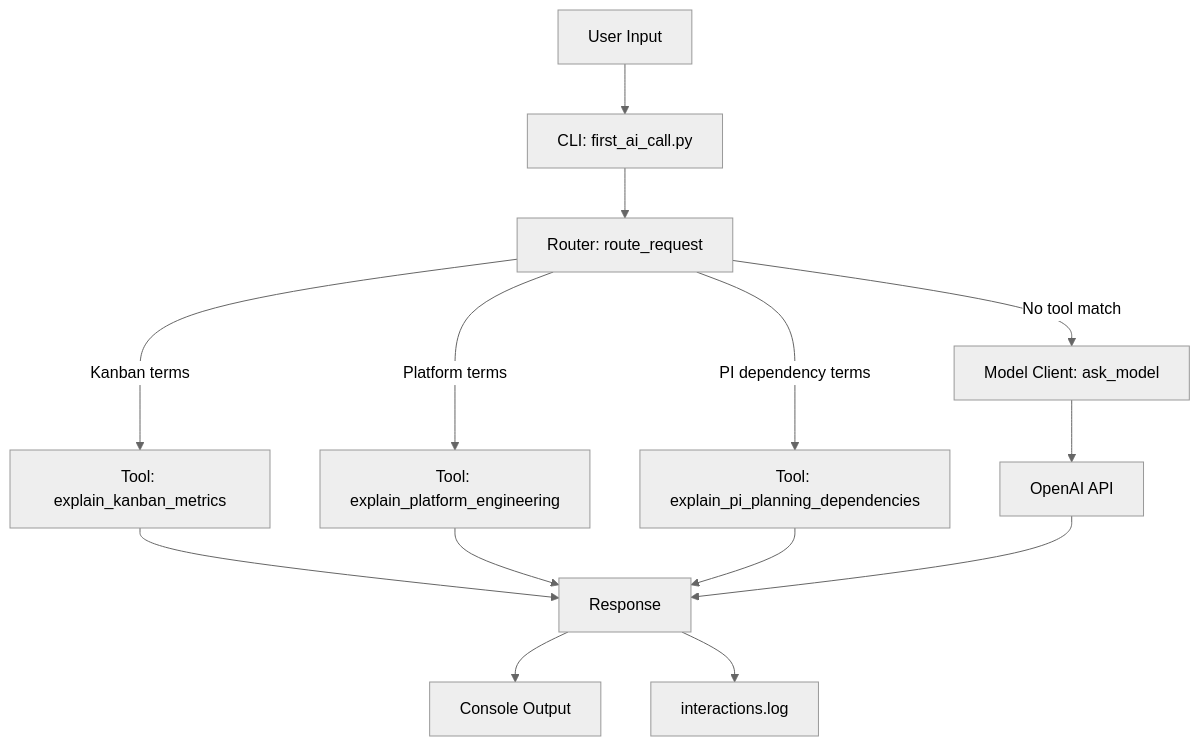
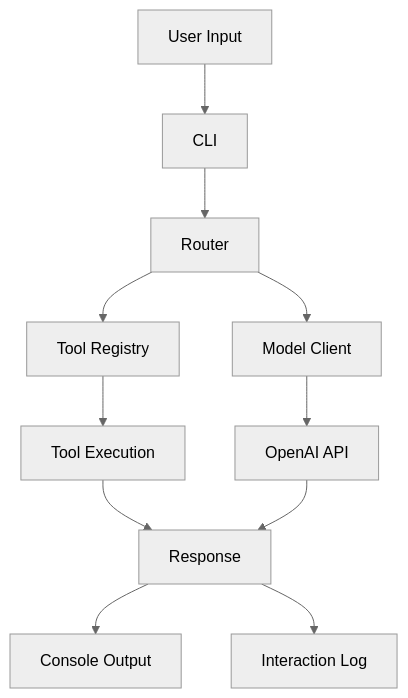
Before and after one commit to awsvkvims/agentic-ai-platform-engineering: the diagram in docs/architecture.md, drawn with Mermaid (neutral theme).

````diff
--- a/docs/architecture.md
+++ b/docs/architecture.md
@@ -3,16 +3,13 @@
 ``` mermaid
 flowchart TD
-    A[User Input] --> B[CLI: first_ai_call.py]
-    B --> C[Router: route_request]
-    C -->|Kanban terms| D[Tool: explain_kanban_metrics]
-    C -->|Platform terms| E[Tool: explain_platform_engineering]
-    C -->|PI dependency terms| F[Tool: explain_pi_planning_dependencies]
-    C -->|No tool match| G[Model Client: ask_model]
-    G --> H[OpenAI API]
-    D --> I[Response]
-    E --> I
-    F --> I
-    H --> I
-    I --> J[Console Output]
-    I --> K[interactions.log]
+    A[User Input] --> B[CLI]
+    B --> C[Router]
+    C --> D[Tool Registry]
+    D --> E[Tool Execution]
+    C --> F[Model Client]
+    F --> G[OpenAI API]
+    E --> H[Response]
+    G --> H
+    H --> I[Console Output]
+    H --> J[Interaction Log]
 ```
````
